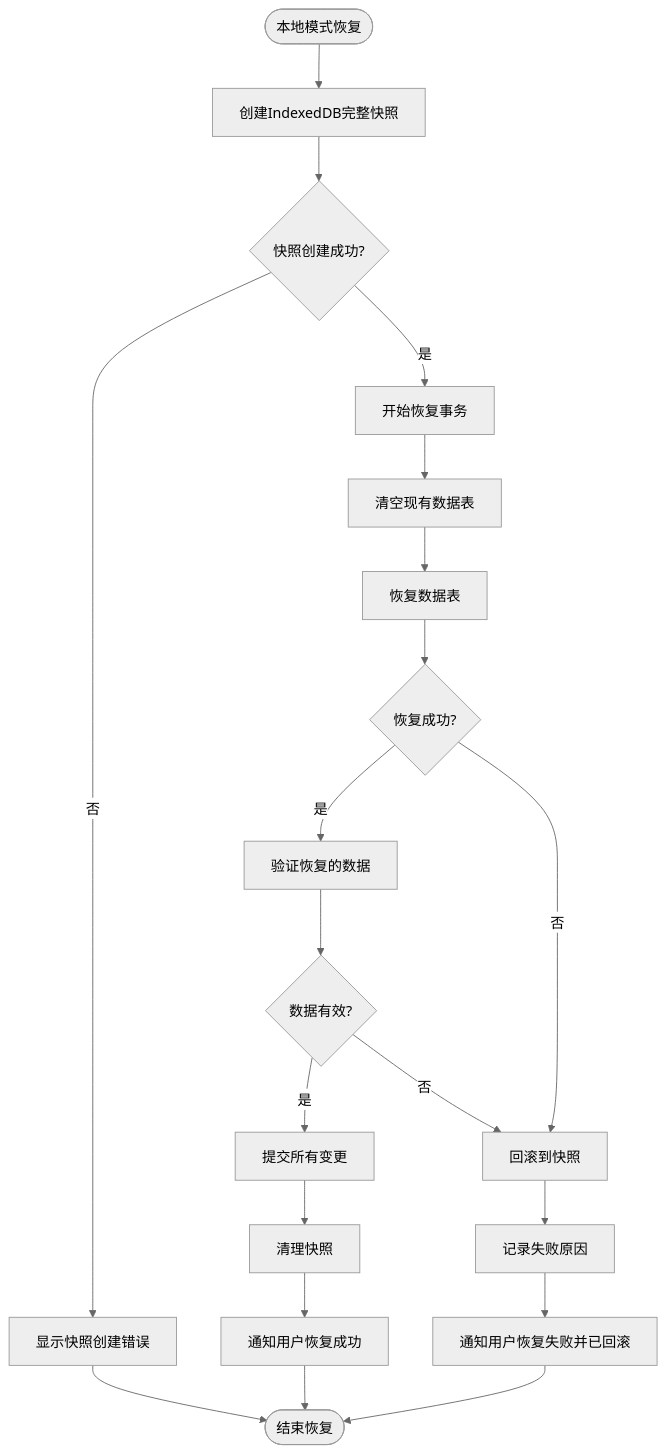
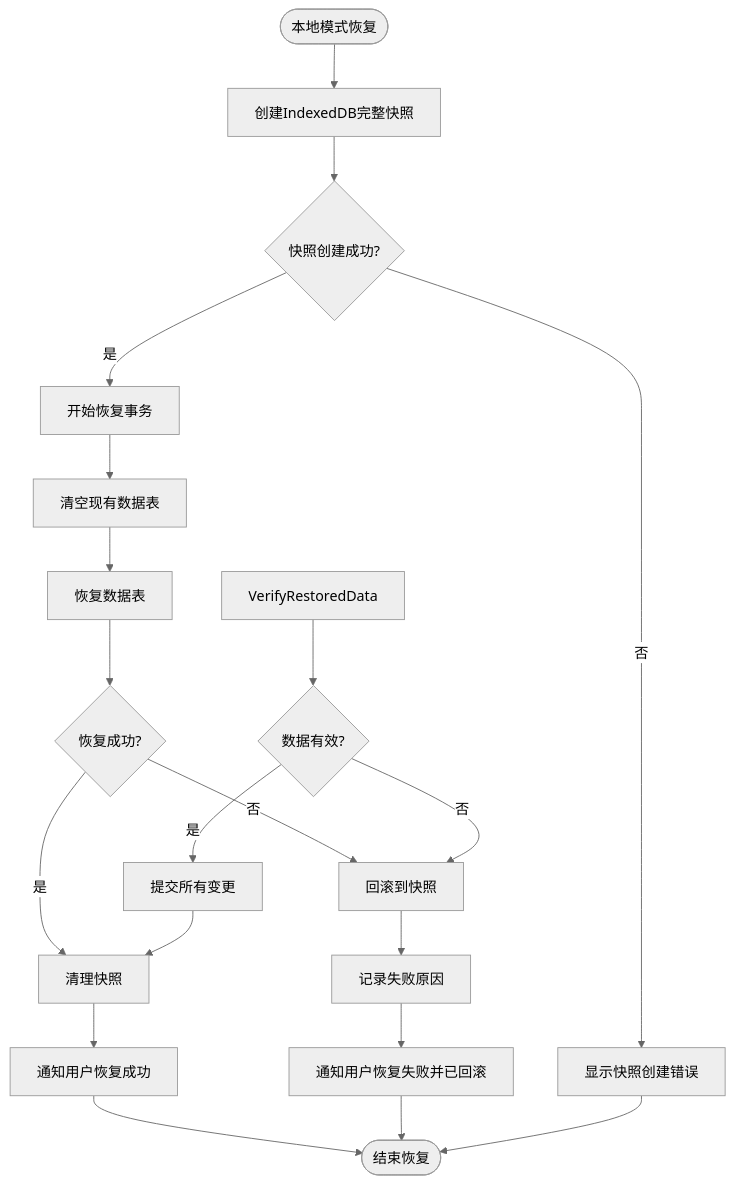
One commit to yingjianzh/iodraw-files changed the diagram in all/未命名-53.md. Above: the diagram before and after it, drawn with Mermaid (neutral theme).

Commit message:
2025-05-09 17:10:43 update

````diff
--- a/all/未命名-53.md
+++ b/all/未命名-53.md
@@ -1,29 +1,29 @@
 ```mermaid
 flowchart TD
     Start([本地模式恢复]) --> CreateSnapshot[创建IndexedDB完整快照]
     CreateSnapshot --> SnapshotCreated{快照创建成功?}
     
     SnapshotCreated -->|否| ShowSnapshotError[显示快照创建错误]
     SnapshotCreated -->|是| BeginTransaction[开始恢复事务]
     
     BeginTransaction --> ClearExistingData[清空现有数据表]
     ClearExistingData --> RestoreDataTables[恢复数据表]
     
     RestoreDataTables --> Success{恢复成功?}
-    Success -->|是| VerifyRestoredData[验证恢复的数据]
+    Success -->|是| CleanupSnapshot[验证恢复的数据]
     Success -->|否| RollbackChanges[回滚到快照]
     
     VerifyRestoredData --> DataValid{数据有效?}
     DataValid -->|是| CommitChanges[提交所有变更]
     DataValid -->|否| RollbackChanges
     
     CommitChanges --> CleanupSnapshot[清理快照]
     RollbackChanges --> LogFailure[记录失败原因]
     
     CleanupSnapshot --> NotifySuccess[通知用户恢复成功]
     LogFailure --> NotifyFailure[通知用户恢复失败并已回滚]
     
     NotifySuccess --> End([结束恢复])
     NotifyFailure --> End
     ShowSnapshotError --> End
 ```
````
